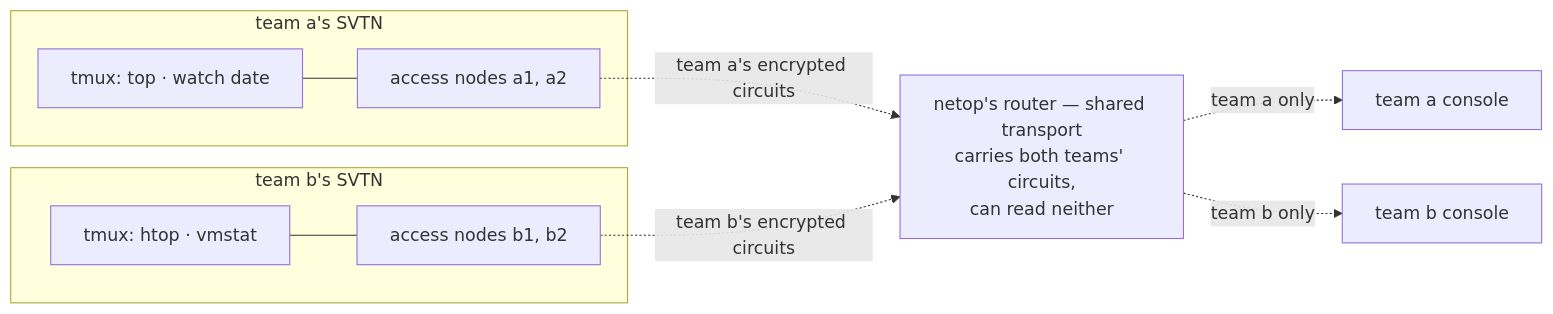
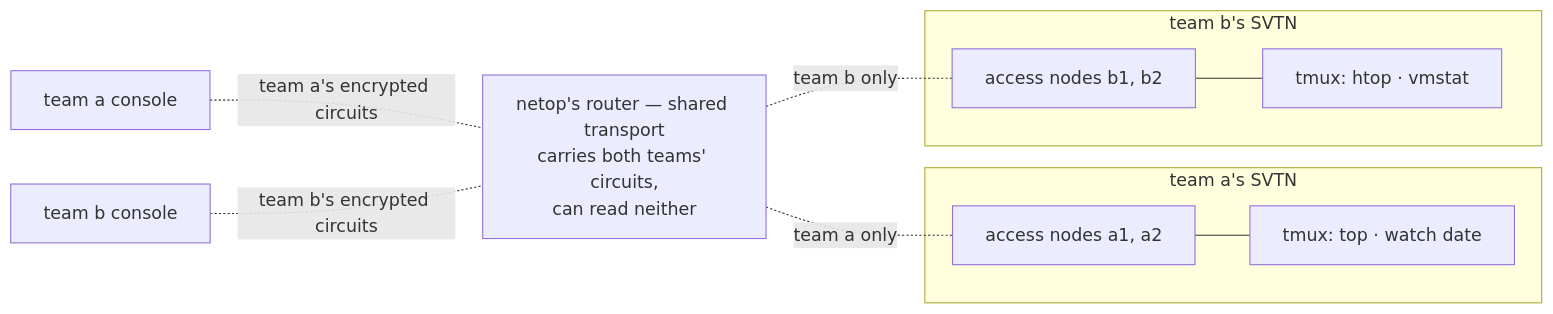
The first of 3 diagrams in examples/06-two-svtn-isolation/README.md (ArcavenAE/switchboard-blue), drawn with Mermaid before and after one commit. The commit also changed 8 other files, not shown here.

First line of the commit message:
docs(diagrams): orient flows initiator-left — keystrokes lead, output returns

````diff
--- a/examples/06-two-svtn-isolation/README.md
+++ b/examples/06-two-svtn-isolation/README.md
@@ -39,14 +39,16 @@
 ```mermaid
 graph LR
+    CA["team a console"]
+    CB["team b console"]
+    R["netop's router — shared transport<br/>carries both teams' circuits,<br/>can read neither"]
     subgraph ta["team a's SVTN"]
-        TA["tmux: top · watch date"] --- AA["access nodes a1, a2"]
+        AA["access nodes a1, a2"] --- TA["tmux: top · watch date"]
     end
     subgraph tb["team b's SVTN"]
-        TB["tmux: htop · vmstat"] --- AB["access nodes b1, b2"]
+        AB["access nodes b1, b2"] --- TB["tmux: htop · vmstat"]
     end
-    R["netop's router — shared transport<br/>carries both teams' circuits,<br/>can read neither"]
-    AA -. "team a's encrypted circuits" .-> R
-    AB -. "team b's encrypted circuits" .-> R
-    R -. "team a only" .-> CA["team a console"]
-    R -. "team b only" .-> CB["team b console"]
+    CA -. "team a's encrypted circuits" .- R
+    CB -. "team b's encrypted circuits" .- R
+    R -. "team a only" .- AA
+    R -. "team b only" .- AB
 ```
````
